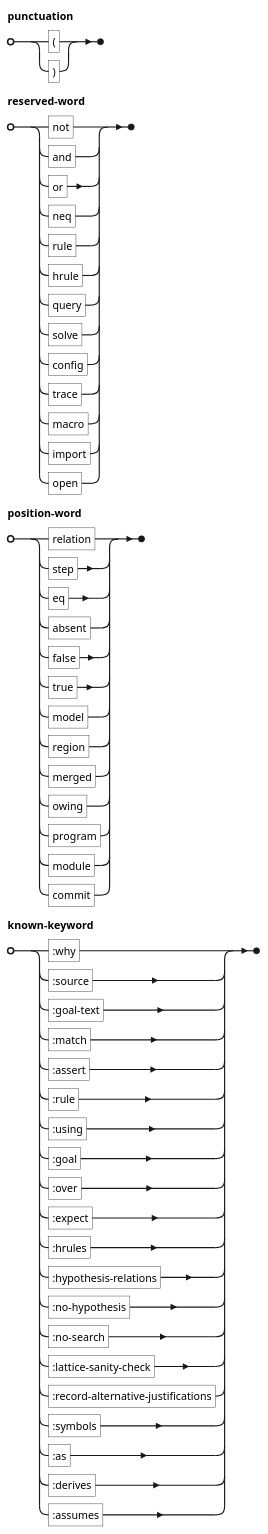
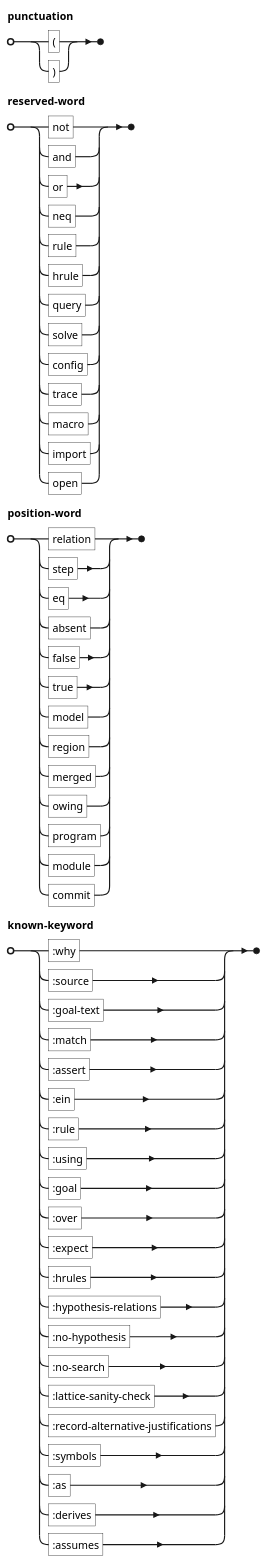
The diagram in docs/ein/user/04-reference/diagrams/01-grammar-lexical-own-text.puml (agutikov/ein), drawn with PlantUML before and after one commit. The commit also changed 122 other files, not shown here.

```diff
--- a/docs/ein/user/04-reference/diagrams/01-grammar-lexical-own-text.puml
+++ b/docs/ein/user/04-reference/diagrams/01-grammar-lexical-own-text.puml
@@ -1,14 +1,14 @@
 @startebnf
 punctuation = "(" | ")" ;
 reserved-word =
     "not" | "and" | "or" | "neq" | "rule" | "hrule" | "query" | "solve" | "config" | "trace"
   | "macro" | "import" | "open" ;
 position-word =
     "relation" | "step" | "eq" | "absent" | "false" | "true" | "model" | "region" | "merged"
   | "owing" | "program" | "module" | "commit" ;
 known-keyword =
-    ":why" | ":source" | ":goal-text" | ":match" | ":assert" | ":rule" | ":using" | ":goal"
+    ":why" | ":source" | ":goal-text" | ":match" | ":assert" | ":ein" | ":rule" | ":using" | ":goal"
   | ":over" | ":expect" | ":hrules" | ":hypothesis-relations" | ":no-hypothesis" | ":no-search"
   | ":lattice-sanity-check" | ":record-alternative-justifications" | ":symbols" | ":as" | ":derives"
   | ":assumes" ;
 @endebnf
```
